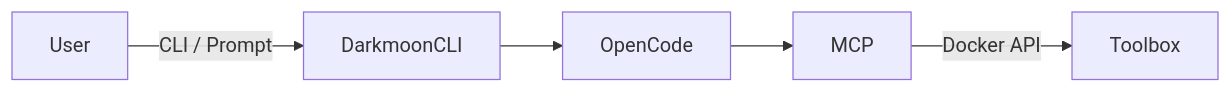
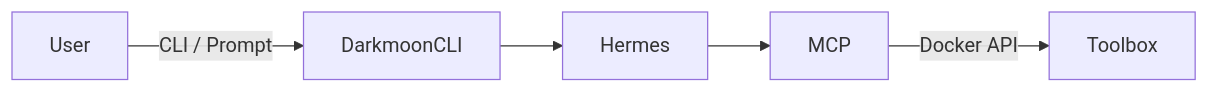
Before and after one commit to newrecycle/Dark-Moon: the first of 3 diagrams in docs/full.md, drawn with Mermaid. The commit also changed other lines of this file and 28 other files, not shown here.

Commit message:
:recycle: refactor: remove OpenCode dependencies and add browser runtime

````diff
--- a/docs/full.md
+++ b/docs/full.md
@@ -1527,7 +1530,7 @@
 ```mermaid
 flowchart LR
   User -->|CLI / Prompt| DarkmoonCLI
-  DarkmoonCLI --> OpenCode
-  OpenCode --> MCP
+  DarkmoonCLI --> Hermes
+  Hermes --> MCP
   MCP -->|Docker API| Toolbox
 ```
````
